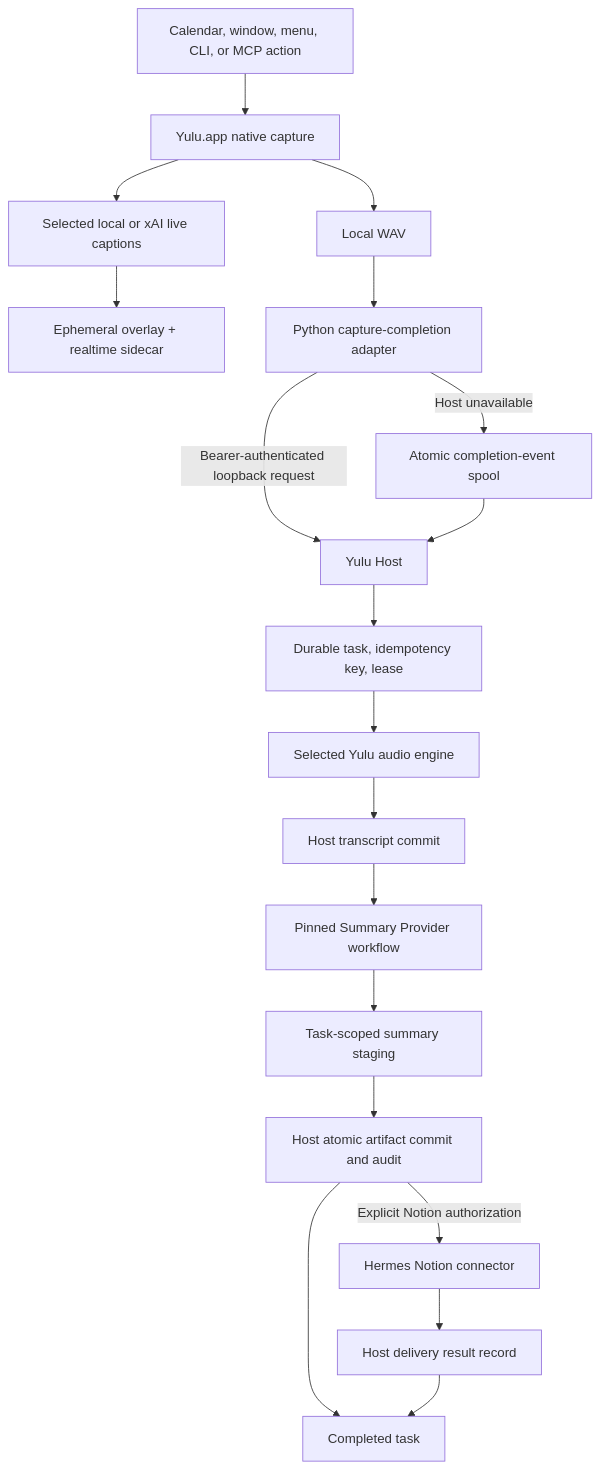
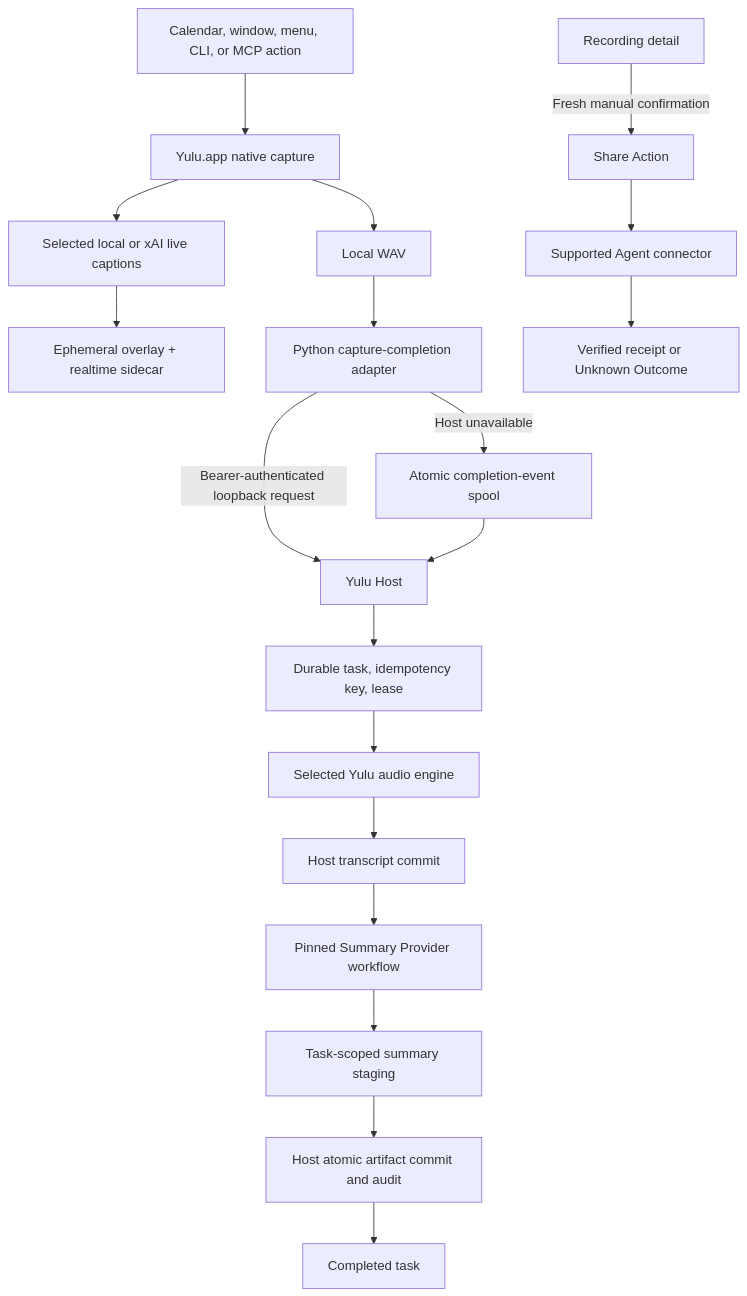
One commit to Nowhitestar/Yulu changed the first of 2 diagrams in docs/ARCHITECTURE.md. Above: the diagram before and after it, drawn with Mermaid. The commit also changed other lines of this file and 26 other files, not shown here.

````diff
--- a/docs/ARCHITECTURE.md
+++ b/docs/ARCHITECTURE.md
@@ -57,21 +57,21 @@
 ```mermaid
 flowchart TD
     A["Calendar, window, menu, CLI, or MCP action"] --> B["Yulu.app native capture"]
     B --> C["Local WAV"]
     B --> O["Selected local or xAI live captions"]
     O --> P["Ephemeral overlay + realtime sidecar"]
     C --> D["Python capture-completion adapter"]
     D -->|"Bearer-authenticated loopback request"| E["Yulu Host"]
     D -->|"Host unavailable"| F["Atomic completion-event spool"]
     F --> E
     E --> G["Durable task, idempotency key, lease"]
     G --> H["Selected Yulu audio engine"]
     H --> Q["Host transcript commit"]
     Q --> I["Pinned Summary Provider workflow"]
     I --> J["Task-scoped summary staging"]
     J --> K["Host atomic artifact commit and audit"]
-    K -->|"Explicit Notion authorization"| L["Hermes Notion connector"]
-    L --> M["Host delivery result record"]
     K --> N["Completed task"]
-    M --> N
+    R["Recording detail"] -->|"Fresh manual confirmation"| S["Share Action"]
+    S --> T["Supported Agent connector"]
+    T --> U["Verified receipt or Unknown Outcome"]
 ```
````
